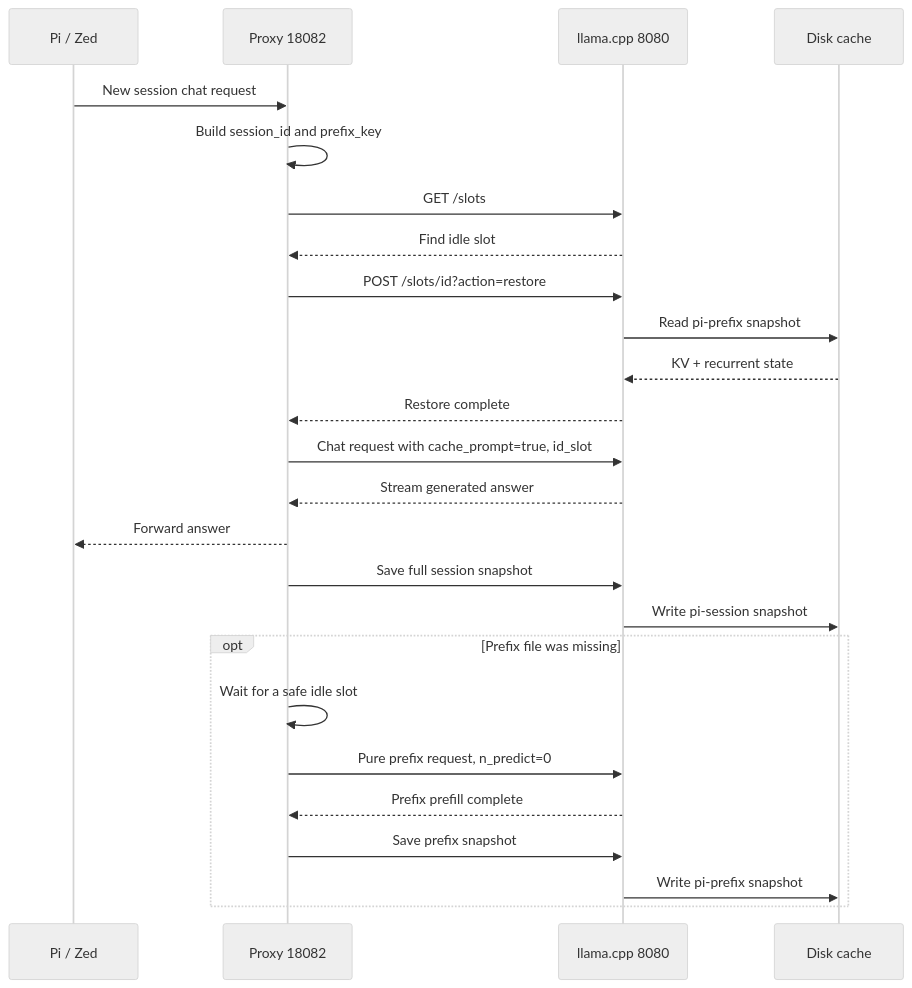
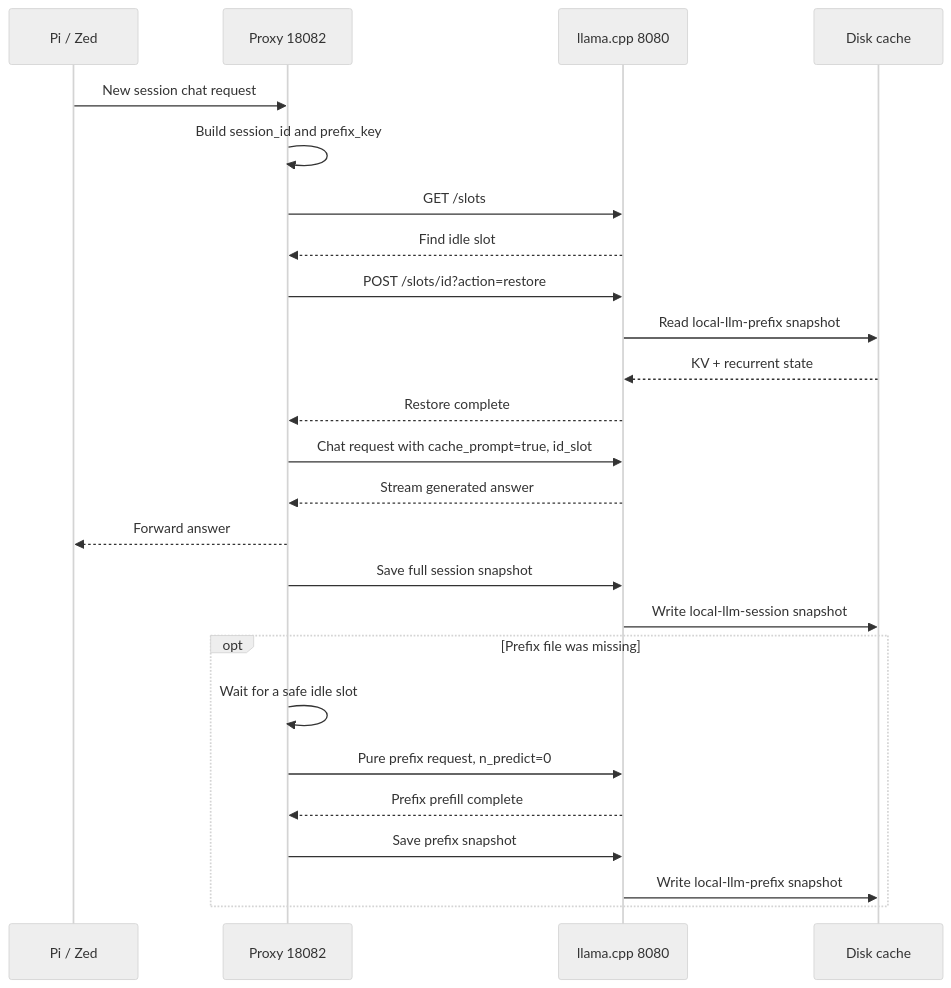
Before and after one commit to xqliu/local-llm-kv-cache: the fifth of 8 diagrams in DESIGN.md, drawn with Mermaid (neutral theme). The commit also changed other lines of this file and 6 other files, not shown here.

First line of the commit message:
Rename project to local LLM KV cache

```diff
--- a/DESIGN.md
+++ b/DESIGN.md
@@ -217,29 +217,29 @@
 ~~~mermaid
 sequenceDiagram
     participant C as Pi / Zed
     participant P as Proxy 18082
     participant L as llama.cpp 8080
     participant D as Disk cache
 
     C->>P: New session chat request
     P->>P: Build session_id and prefix_key
     P->>L: GET /slots
     L-->>P: Find idle slot
     P->>L: POST /slots/id?action=restore
-    L->>D: Read pi-prefix snapshot
+    L->>D: Read local-llm-prefix snapshot
     D-->>L: KV + recurrent state
     L-->>P: Restore complete
     P->>L: Chat request with cache_prompt=true, id_slot
     L-->>P: Stream generated answer
     P-->>C: Forward answer
     P->>L: Save full session snapshot
-    L->>D: Write pi-session snapshot
+    L->>D: Write local-llm-session snapshot
 
     opt Prefix file was missing
         P->>P: Wait for a safe idle slot
         P->>L: Pure prefix request, n_predict=0
         L-->>P: Prefix prefill complete
         P->>L: Save prefix snapshot
-        L->>D: Write pi-prefix snapshot
+        L->>D: Write local-llm-prefix snapshot
     end
 ~~~
```
